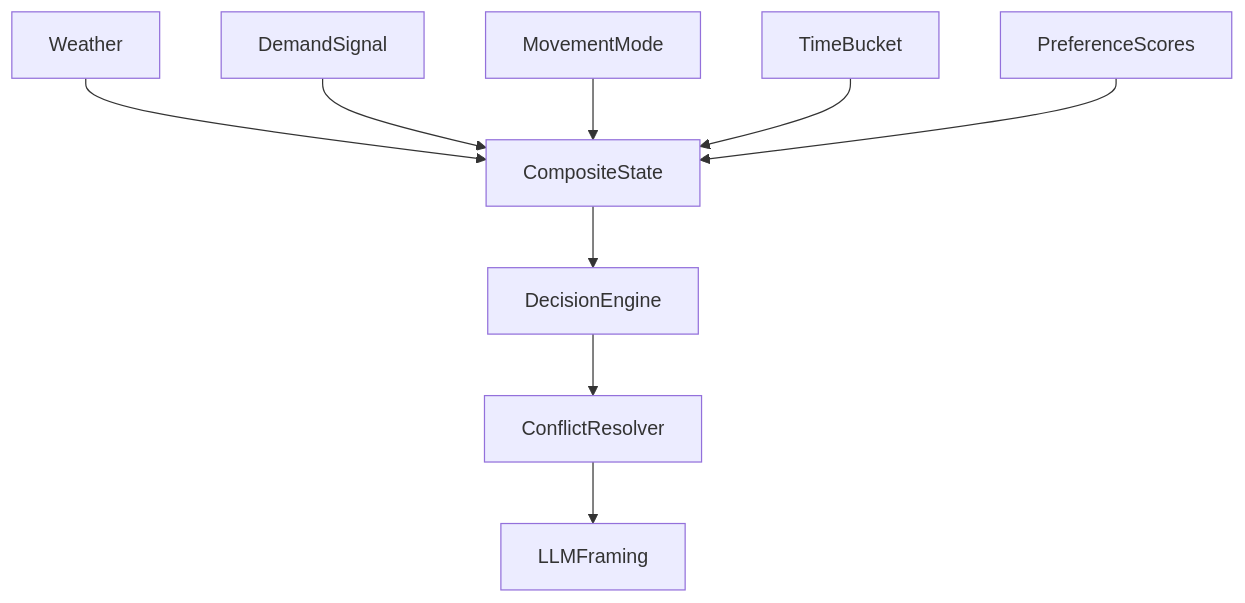
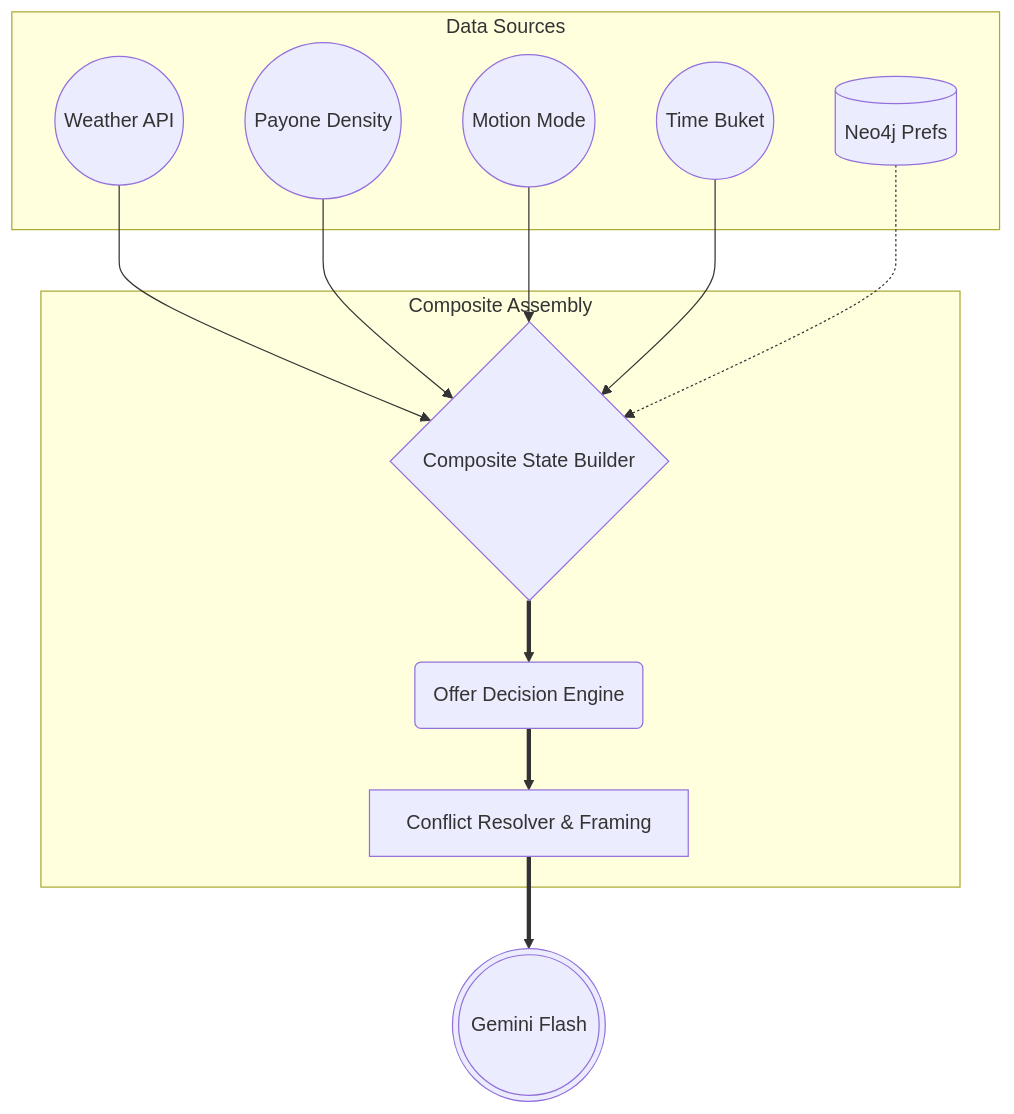
The diagram in docs/architecture/context-signals.md (larsboes/Generative-City-Wallet), drawn with Mermaid before and after one commit. The commit also changed 14 other files, not shown here.

````diff
--- a/docs/architecture/context-signals.md
+++ b/docs/architecture/context-signals.md
@@ -24,11 +24,26 @@
 ```mermaid
 flowchart TD
-  weather[Weather] --> composite[CompositeState]
-  demand[DemandSignal] --> composite
-  movement[MovementMode] --> composite
-  time[TimeBucket] --> composite
-  prefs[PreferenceScores] --> composite
-  composite --> decide[DecisionEngine]
-  decide --> conflict[ConflictResolver]
-  conflict --> llm[LLMFraming]
+  subgraph Data Sources
+      weather((Weather API))
+      demand((Payone Density))
+      movement((Motion Mode))
+      time((Time Buket))
+      prefs[(Neo4j Prefs)]
+  end
+
+  subgraph Composite Assembly
+      composite{Composite State Builder}
+      decision(Offer Decision Engine)
+      conflict[Conflict Resolver & Framing]
+  end
+
+  weather --> composite
+  demand --> composite
+  movement --> composite
+  time --> composite
+  prefs -.-> composite
+
+  composite ==> decision
+  decision ==> conflict
+  conflict ==> llm(((Gemini Flash)))
 ```
````
